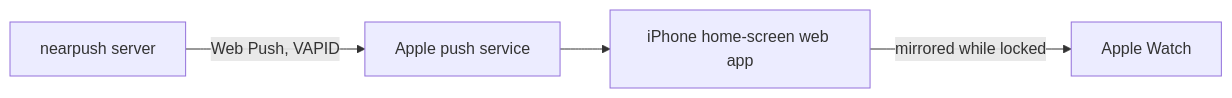
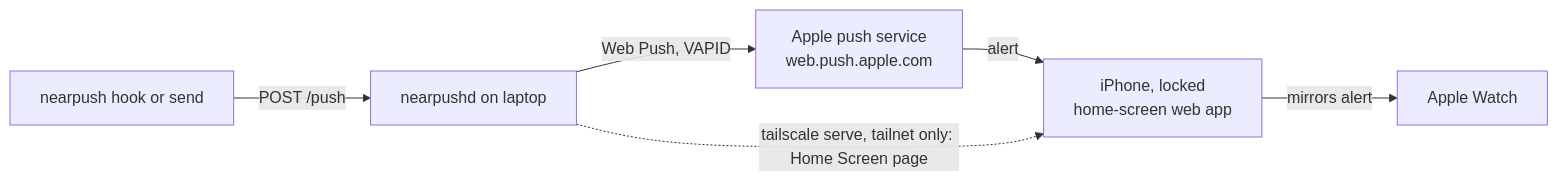
One commit to openabdev/nearpush changed the first of 4 diagrams in docs/apple-watch.md. Above: the diagram before and after it, drawn with Mermaid. The commit also changed other lines of this file, not shown here.

First line of the commit message:
docs: add Mermaid diagrams to Apple Watch Web Push guide

````diff
--- a/docs/apple-watch.md
+++ b/docs/apple-watch.md
@@ -11,6 +11,8 @@
 ```mermaid
 flowchart LR
-  D[nearpush server] -->|Web Push, VAPID| A[Apple push service]
-  A --> I[iPhone home-screen web app]
-  I -->|mirrored while locked| W[Apple Watch]
+  H["nearpush hook or send"] -->|POST /push| D["nearpushd on laptop"]
+  D -->|Web Push, VAPID| A["Apple push service<br/>web.push.apple.com"]
+  A -->|alert| I["iPhone, locked<br/>home-screen web app"]
+  I -->|mirrors alert| W["Apple Watch"]
+  D -.->|"tailscale serve, tailnet only: Home Screen page"| I
 ```
````
